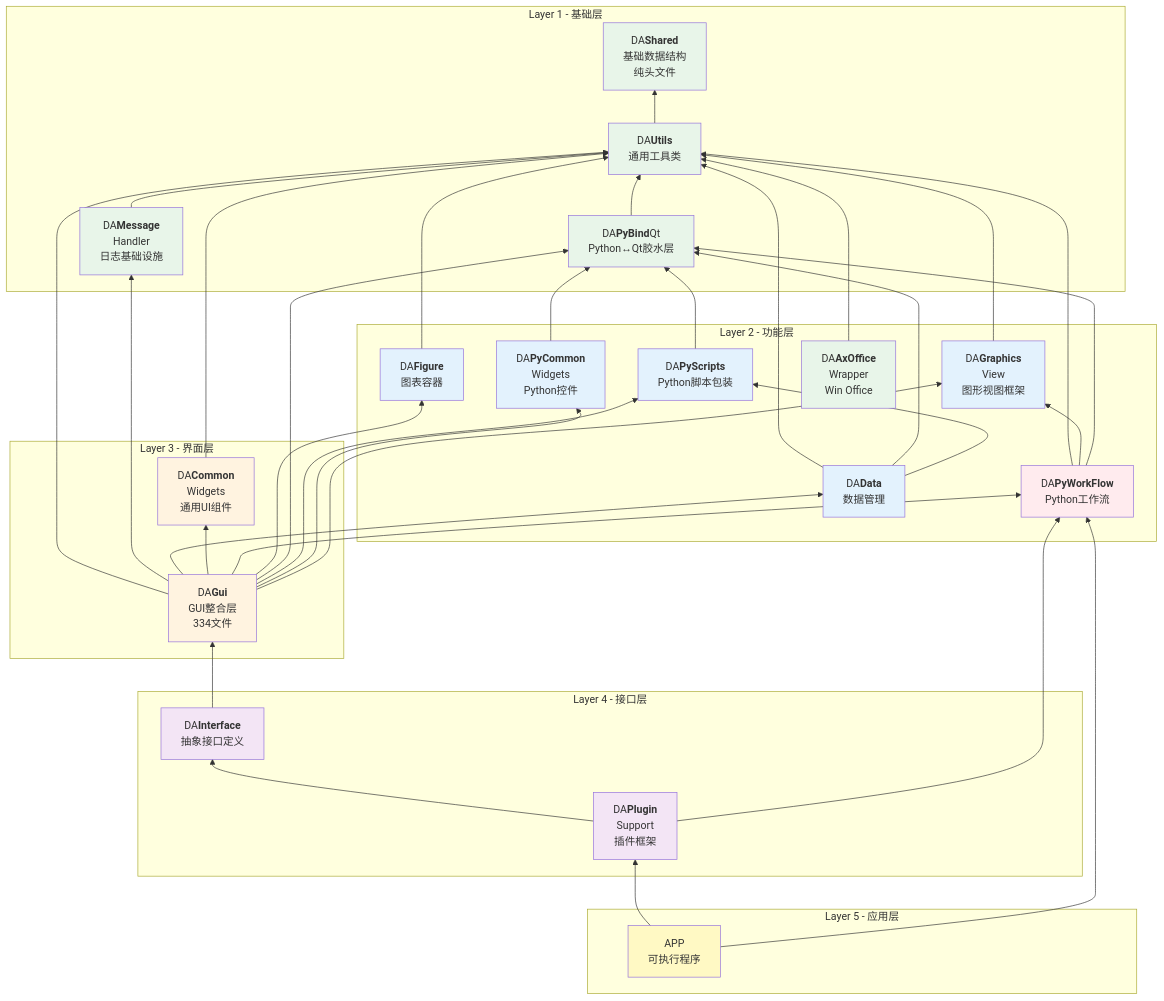
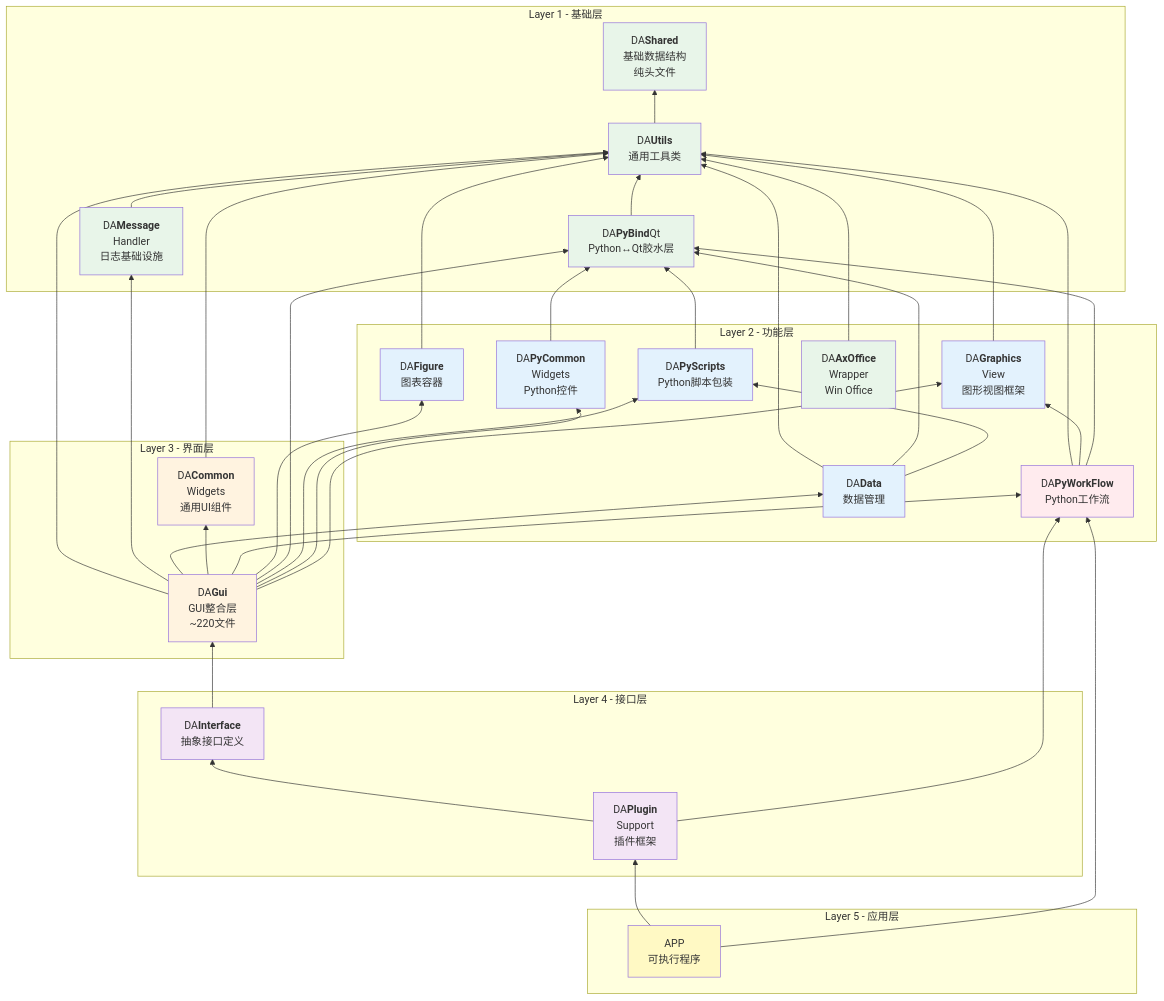
The diagram in docs/zh/dev-guide/module-dependency.md (czyt1988/data-workbench), drawn with Mermaid before and after one commit. The commit also changed other lines of this file and 3 other files, not shown here.

Commit message:
docs(batch-A): fix project-structure, module-dependency, plugin-system, plugin-architecture

```diff
--- a/docs/zh/dev-guide/module-dependency.md
+++ b/docs/zh/dev-guide/module-dependency.md
@@ -126,7 +126,7 @@
 
     subgraph "Layer 3 - 界面层"
         DACW["DA<b>Common</b><br/>Widgets<br/>通用UI组件"]
-        DAGui["DA<b>Gui</b><br/>GUI整合层<br/>334文件"]
+        DAGui["DA<b>Gui</b><br/>GUI整合层<br/>~220文件"]
     end
 
     subgraph "Layer 4 - 接口层"
```
